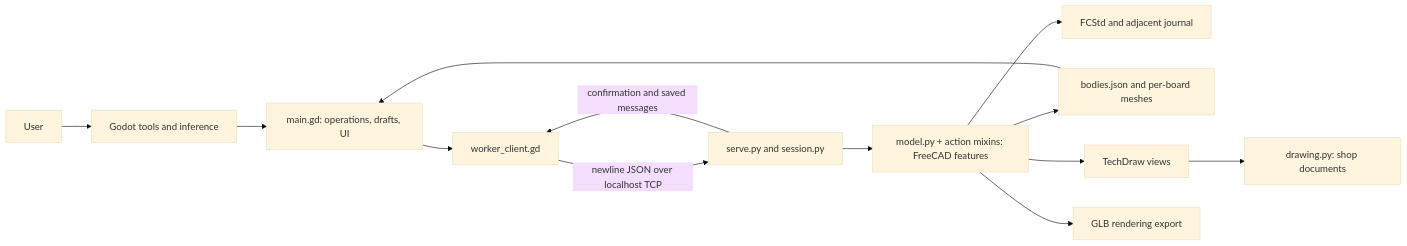
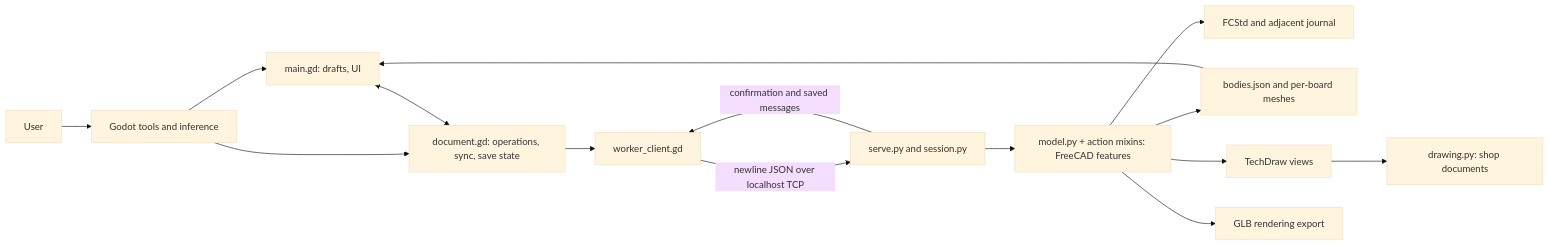
The diagram in ARCHITECTURE.md (wweatherall/Napkin), drawn with Mermaid (base theme) before and after one commit. The commit also changed other lines of this file and 7 other files, not shown here.

First line of the commit message:
T39: document controller (A31) out of main.gd

````diff
--- a/ARCHITECTURE.md
+++ b/ARCHITECTURE.md
@@ -19,15 +19,17 @@
 ```mermaid
 flowchart LR
     U[User] --> T[Godot tools and inference]
-    T --> M[main.gd: operations, drafts, UI]
-    M --> C[worker_client.gd]
+    T --> M[main.gd: drafts, UI]
+    T --> DC[document.gd: operations, sync, save state]
+    M <--> DC
+    DC --> C[worker_client.gd]
     C -->|newline JSON over localhost TCP| W[serve.py and session.py]
     W --> G[model.py + action mixins: FreeCAD features]
     G --> F[FCStd and adjacent journal]
     G --> E[bodies.json and per-board meshes]
     E --> M
     W -->|confirmation and saved messages| C
     G --> V[TechDraw views]
     V --> D[drawing.py: shop documents]
     G --> B[GLB rendering export]
 ```
````
